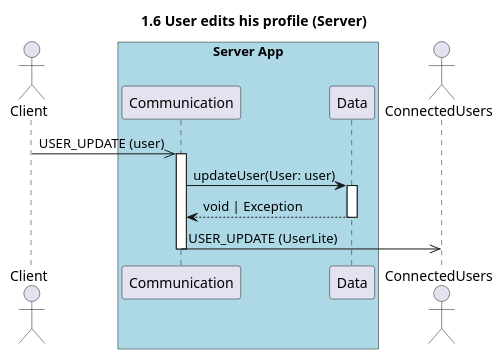
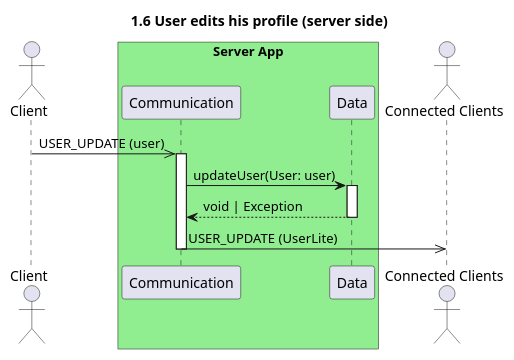
One commit to UTCAI12/Diagrams changed the diagram in sequence/1.6.user_edits_profile_server.puml. Above: the diagram before and after it, drawn with PlantUML. The commit also changed 6 other files, not shown here.

```diff
--- a/sequence/1.6.user_edits_profile_server.puml
+++ b/sequence/1.6.user_edits_profile_server.puml
@@ -1,18 +1,18 @@
-@startuml 1.6 User edits his profile (Server)
-title 1.6 User edits his profile (Server)
+@startuml 1.6 User edits his profile (server side)
+title 1.6 User edits his profile (server side)
 
-actor Client as client
-
-box "Server App" #LightBlue
-    participant Communication as com
-    participant Data as data
+actor "Client" as client
+box "Server App" #LightGreen
+    participant "Communication" as com
+    participant "Data" as data
 end box
+actor "Connected Clients" as connected
 
 actor ConnectedUsers as connected
 
 client ->> com++: USER_UPDATE (user)
 com->data++: updateUser(User: user)
 return void | Exception
 com->>connected: USER_UPDATE (UserLite)
 deactivate
 @enduml
```
